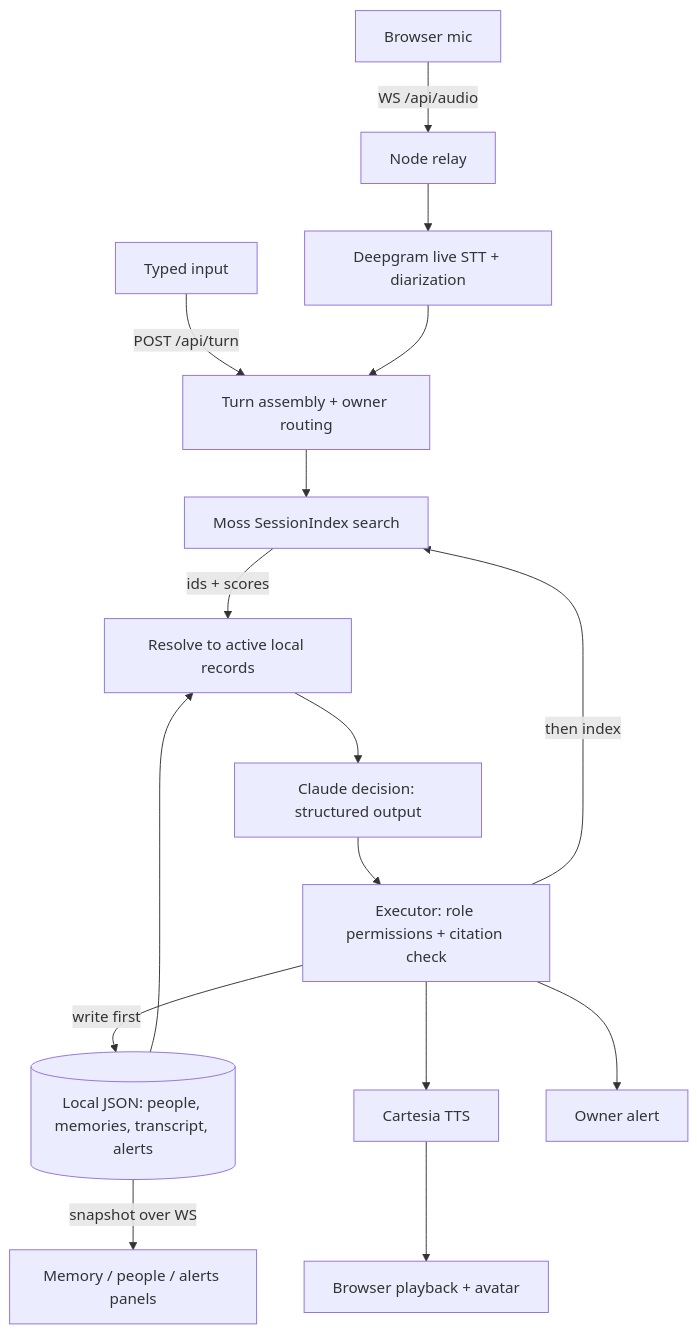
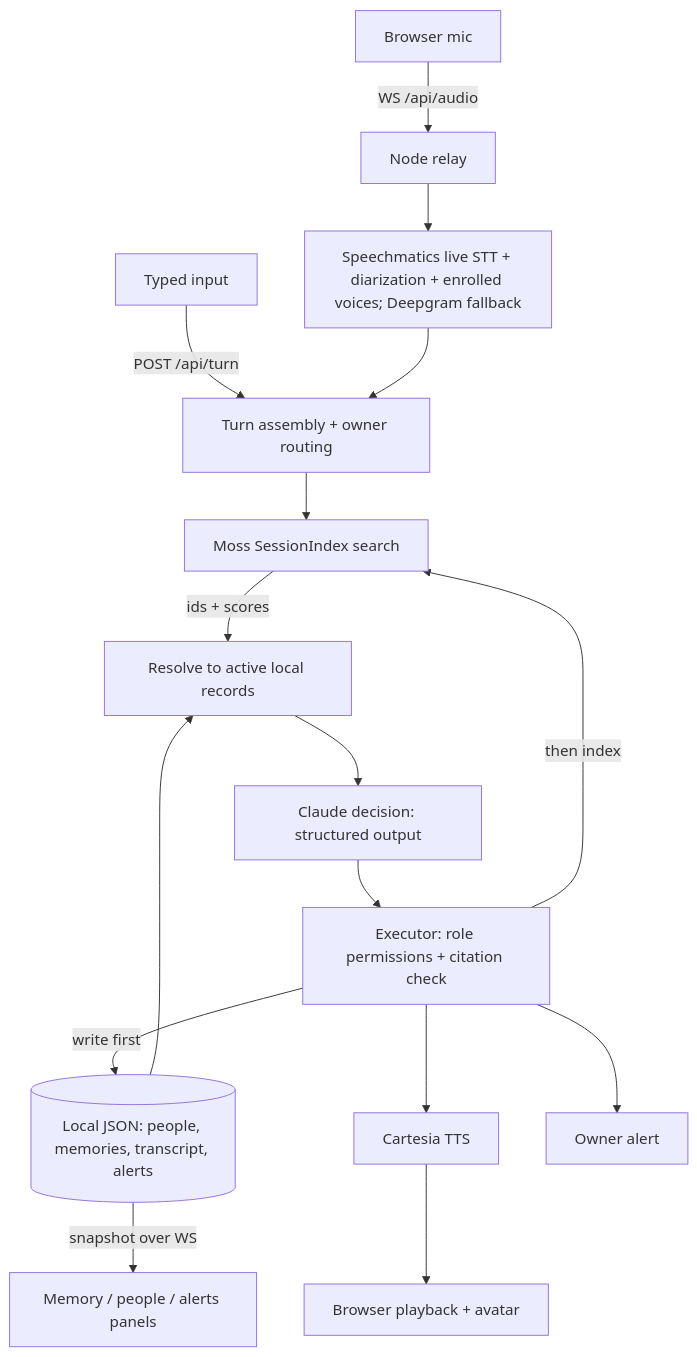
The diagram in docs/ARCHITECTURE.md (IAmPrestonBrown/ritnag), drawn with Mermaid before and after one commit. The commit also changed other lines of this file and 9 other files, not shown here.

First line of the commit message:
Docs: bring README, Devpost draft, architecture and Cal Hacks notes up to date for the public repo

````diff
--- a/docs/ARCHITECTURE.md
+++ b/docs/ARCHITECTURE.md
@@ -5,18 +5,18 @@
 ```mermaid
 flowchart TD
   A[Browser mic] -->|WS /api/audio| B[Node relay]
   T[Typed input] -->|POST /api/turn| D
-  B --> C[Deepgram live STT + diarization]
+  B --> C[Speechmatics live STT + diarization + enrolled voices; Deepgram fallback]
   C --> D[Turn assembly + owner routing]
   D --> S[Moss SessionIndex search]
   S -->|ids + scores| R[Resolve to active local records]
   L[(Local JSON: people, memories, transcript, alerts)] --> R
   R --> E[Claude decision: structured output]
   E --> G[Executor: role permissions + citation check]
   G -->|write first| L
   G -->|then index| S
   G --> H[Cartesia TTS]
   H --> I[Browser playback + avatar]
   G --> J[Owner alert]
   L -->|snapshot over WS| K[Memory / people / alerts panels]
 ```
````
